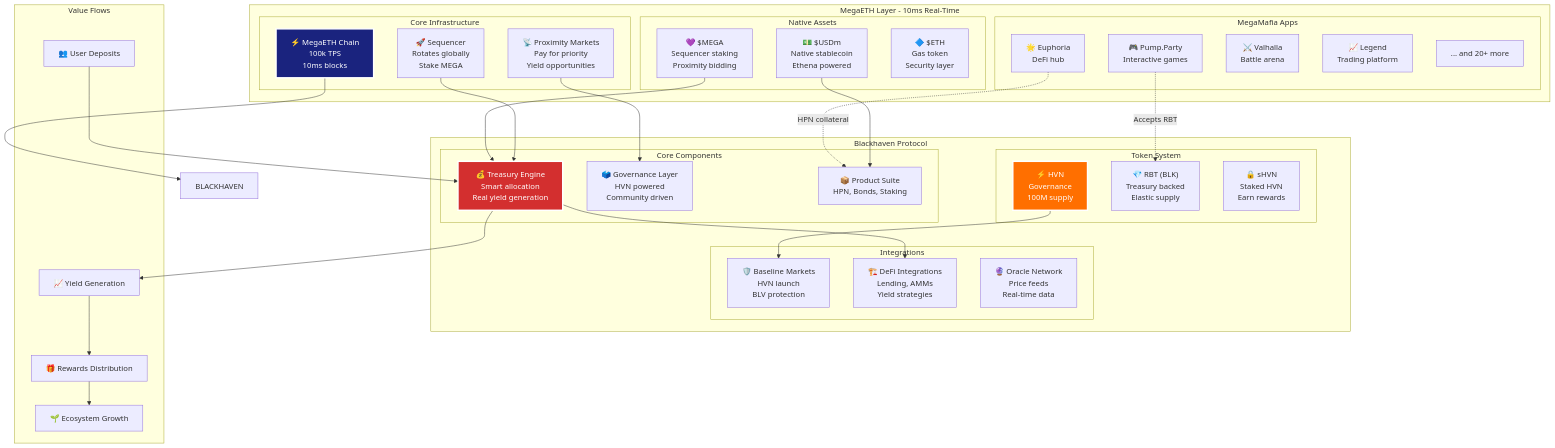
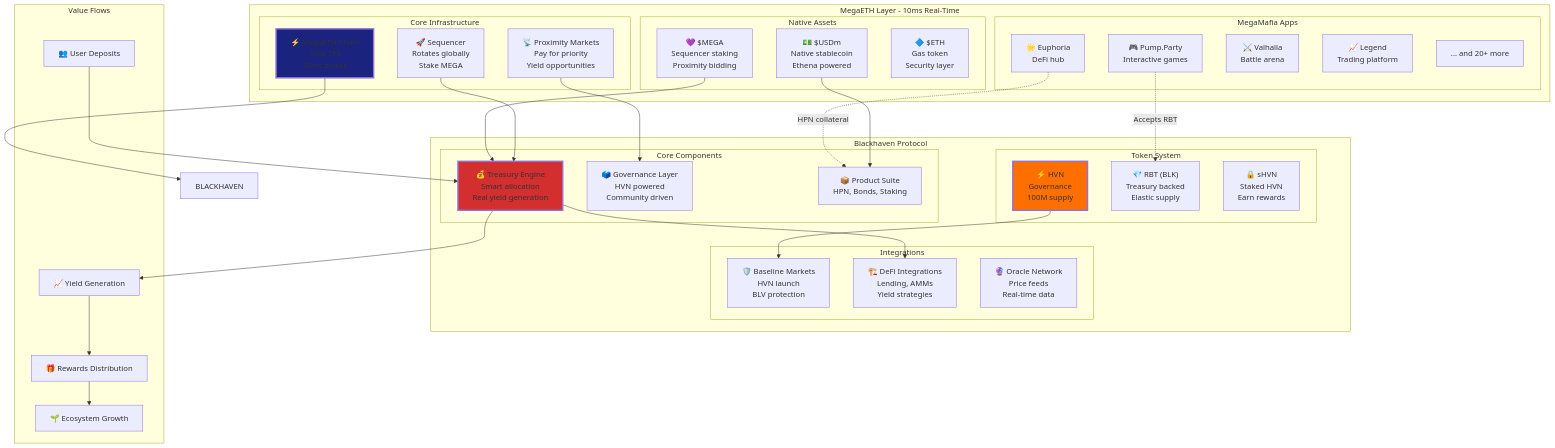
One commit to 0xJaehaerys/ohmega changed the first of 6 diagrams in blackhaven-mega-ecosystem.md. Above: the diagram before and after it, drawn with Mermaid. The commit also changed other lines of this file and 6 other files, not shown here.

First line of the commit message:
Remove white color from all diagrams

````diff
--- a/blackhaven-mega-ecosystem.md
+++ b/blackhaven-mega-ecosystem.md
@@ -5,74 +5,74 @@
 ```mermaid
 graph TB
     subgraph "MegaETH Layer - 10ms Real-Time"
         subgraph "Core Infrastructure"
             MEGA_CHAIN["⚡ MegaETH Chain<br/>100k TPS<br/>10ms blocks"]
             SEQUENCER["🚀 Sequencer<br/>Rotates globally<br/>Stake MEGA"]
             PROXIMITY["📡 Proximity Markets<br/>Pay for priority<br/>Yield opportunities"]
         end
         
         subgraph "Native Assets"
             MEGA["💜 $MEGA<br/>Sequencer staking<br/>Proximity bidding"]
             USDM["💵 $USDm<br/>Native stablecoin<br/>Ethena powered"]
             ETH["🔷 $ETH<br/>Gas token<br/>Security layer"]
         end
         
         subgraph "MegaMafia Apps"
             PUMPPARTY["🎮 Pump.Party<br/>Interactive games"]
             EUPHORIA["🌟 Euphoria<br/>DeFi hub"]
             VALHALLA["⚔️ Valhalla<br/>Battle arena"]
             LEGEND["📈 Legend<br/>Trading platform"]
             MORE["... and 20+ more"]
         end
     end
     
     subgraph "Blackhaven Protocol"
         subgraph "Core Components"
             TREASURY_ENGINE["💰 Treasury Engine<br/>Smart allocation<br/>Real yield generation"]
             GOV_LAYER["🗳️ Governance Layer<br/>HVN powered<br/>Community driven"]
             PRODUCT_SUITE["📦 Product Suite<br/>HPN, Bonds, Staking"]
         end
         
         subgraph "Token System"
             HVN_TOKEN["⚡ HVN<br/>Governance<br/>100M supply"]
             RBT_TOKEN["💎 RBT (BLK)<br/>Treasury backed<br/>Elastic supply"]
             sHVN_TOKEN["🔒 sHVN<br/>Staked HVN<br/>Earn rewards"]
         end
         
         subgraph "Integrations"
             BASELINE["🛡️ Baseline Markets<br/>HVN launch<br/>BLV protection"]
             DEFI_INT["🏗️ DeFi Integrations<br/>Lending, AMMs<br/>Yield strategies"]
             ORACLE_INT["🔮 Oracle Network<br/>Price feeds<br/>Real-time data"]
         end
     end
     
     subgraph "Value Flows"
         USER_DEPOSITS["👥 User Deposits"]
         YIELD_GEN["📈 Yield Generation"]
         REWARDS_DIST["🎁 Rewards Distribution"]
         ECOSYSTEM_GROWTH["🌱 Ecosystem Growth"]
     end
     
     %% Connections
     MEGA_CHAIN --> BLACKHAVEN
     SEQUENCER --> TREASURY_ENGINE
     PROXIMITY --> GOV_LAYER
     
     MEGA --> TREASURY_ENGINE
     USDM --> PRODUCT_SUITE
     
     PUMPPARTY -.->|"Accepts RBT"| RBT_TOKEN
     EUPHORIA -.->|"HPN collateral"| PRODUCT_SUITE
     
     HVN_TOKEN --> BASELINE
     TREASURY_ENGINE --> DEFI_INT
     
     USER_DEPOSITS --> TREASURY_ENGINE
     TREASURY_ENGINE --> YIELD_GEN
     YIELD_GEN --> REWARDS_DIST
     REWARDS_DIST --> ECOSYSTEM_GROWTH
     
-    style MEGA_CHAIN fill:#1a237e,stroke:#fff,stroke-width:3px,color:#fff
-    style TREASURY_ENGINE fill:#d32f2f,stroke:#fff,stroke-width:3px,color:#fff
-    style HVN_TOKEN fill:#ff6f00,stroke:#fff,stroke-width:3px,color:#fff
+    style MEGA_CHAIN fill:#1a237e,stroke-width:3px
+    style TREASURY_ENGINE fill:#d32f2f,stroke-width:3px
+    style HVN_TOKEN fill:#ff6f00,stroke-width:3px
 ```
````
